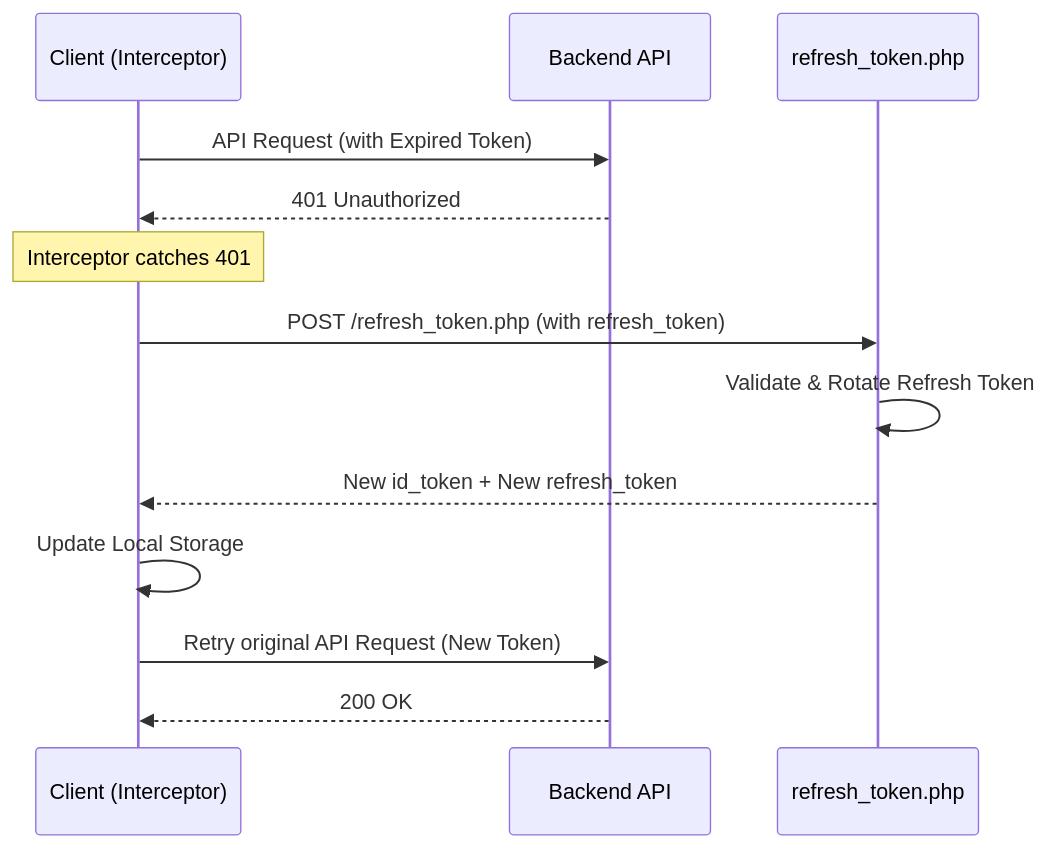
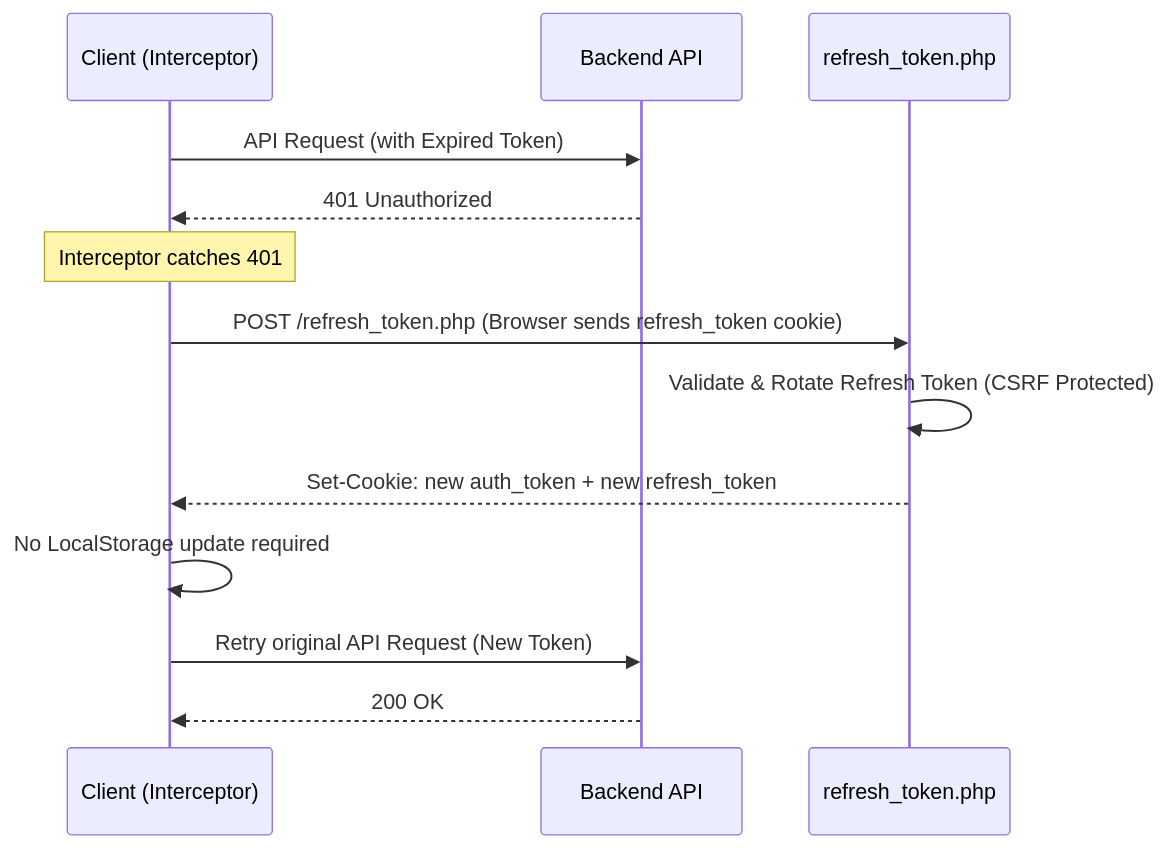
The diagram in docs/security/baseline/auth-flow.md (snapflect/ChatFlect), drawn with Mermaid before and after one commit. The commit also changed other lines of this file and 7 other files, not shown here.

````diff
--- a/docs/security/baseline/auth-flow.md
+++ b/docs/security/baseline/auth-flow.md
@@ -44,16 +45,16 @@
 ```mermaid
 sequenceDiagram
     participant C as Client (Interceptor)
     participant B as Backend API
     participant R as refresh_token.php
 
     C->>B: API Request (with Expired Token)
     B-->>C: 401 Unauthorized
     Note over C: Interceptor catches 401
-    C->>R: POST /refresh_token.php (with refresh_token)
-    R->>R: Validate & Rotate Refresh Token
-    R-->>C: New id_token + New refresh_token
-    C->>C: Update Local Storage
+    C->>R: POST /refresh_token.php (Browser sends refresh_token cookie)
+    R->>R: Validate & Rotate Refresh Token (CSRF Protected)
+    R-->>C: Set-Cookie: new auth_token + new refresh_token
+    C->>C: No LocalStorage update required
     C->>B: Retry original API Request (New Token)
     B-->>C: 200 OK
 ```
````
